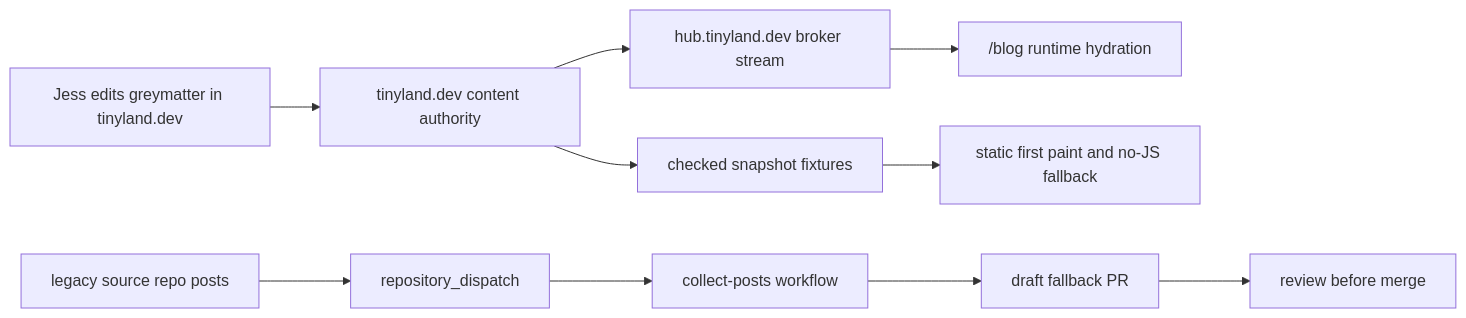
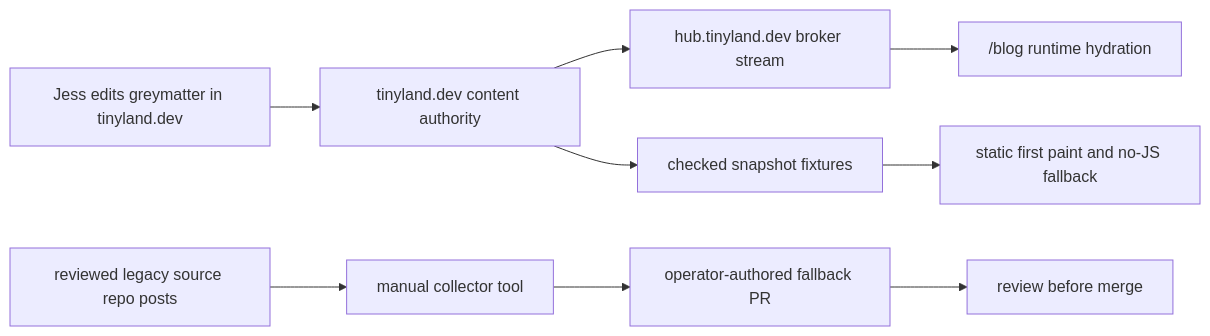
The third of 5 diagrams in README.md (Jesssullivan/jesssullivan.github.io), drawn with Mermaid before and after one commit. The commit also changed other lines of this file and 52 other files, not shown here.

````diff
--- a/README.md
+++ b/README.md
@@ -175,14 +176,13 @@
 ```mermaid
 flowchart LR
     Author["Jess edits greymatter in tinyland.dev"] --> Tinyland["tinyland.dev content authority"]
     Tinyland --> HubStream["hub.tinyland.dev broker stream"]
     HubStream --> RuntimeBlog["/blog runtime hydration"]
 
     Tinyland --> StaticSnapshots["checked snapshot fixtures"]
     StaticSnapshots --> FirstPaint["static first paint and no-JS fallback"]
 
-    SourceRepo["legacy source repo posts"] --> Notify["repository_dispatch"]
-    Notify --> Collect["collect-posts workflow"]
-    Collect --> DraftPR["draft fallback PR"]
+    SourceRepo["reviewed legacy source repo posts"] --> Collect["manual collector tool"]
+    Collect --> DraftPR["operator-authored fallback PR"]
     DraftPR --> Human["review before merge"]
 ```
````
